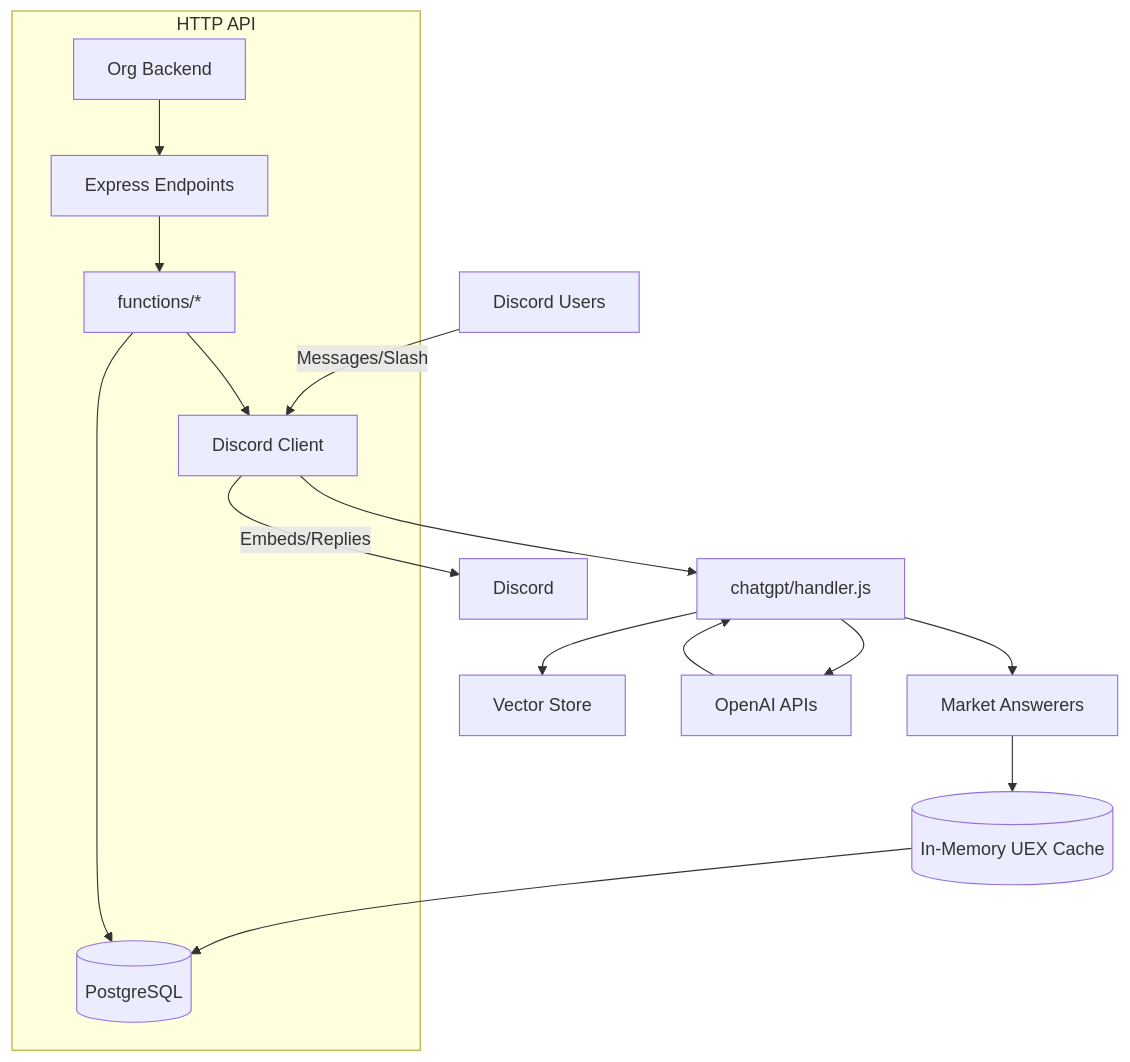
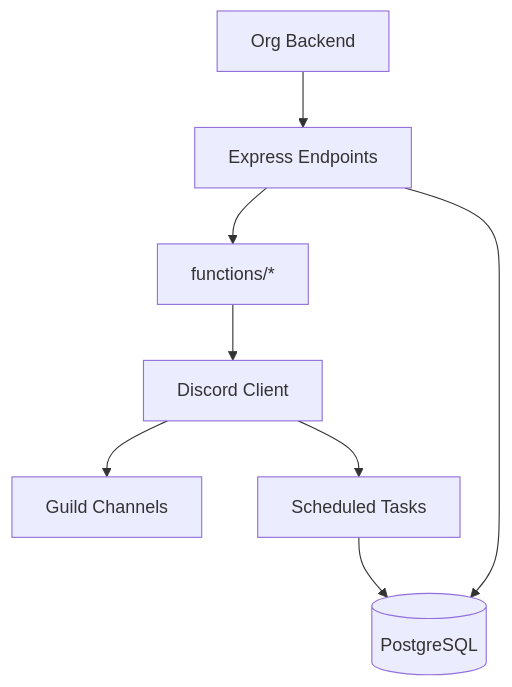
One commit to DocFoxHound/Beowulf changed the diagram in README.md. Above: the diagram before and after it, drawn with Mermaid. The commit also changed other lines of this file and 82 other files, not shown here.

````diff
--- a/README.md
+++ b/README.md
@@ -20,18 +30,10 @@
 ```mermaid
 graph TD
-	User[Discord Users] -->|Messages/Slash| Bot[Discord Client]
-	Bot --> Handler[chatgpt/handler.js]
-	Handler --> Vector[Vector Store]
-	Handler --> Market[Market Answerers]
-	Market --> Cache[(In-Memory UEX Cache)]
-	Cache --> DB[(PostgreSQL)]
-	Handler --> OpenAI[OpenAI APIs]
-	OpenAI --> Handler
-	subgraph HTTP API
-		ExtSvc[Org Backend] --> API[Express Endpoints]
-		API --> Functions[functions/*]
-		Functions --> Bot
-		Functions --> DB
-	end
-	Bot -->|Embeds/Replies| Discord
+	ExtSvc[Org Backend] --> API[Express Endpoints]
+	API --> Functions[functions/*]
+	Functions --> Bot[Discord Client]
+	Bot --> Discord[Guild Channels]
+	Bot --> Jobs[Scheduled Tasks]
+	Jobs --> DB[(PostgreSQL)]
+	API --> DB
 ```
````
